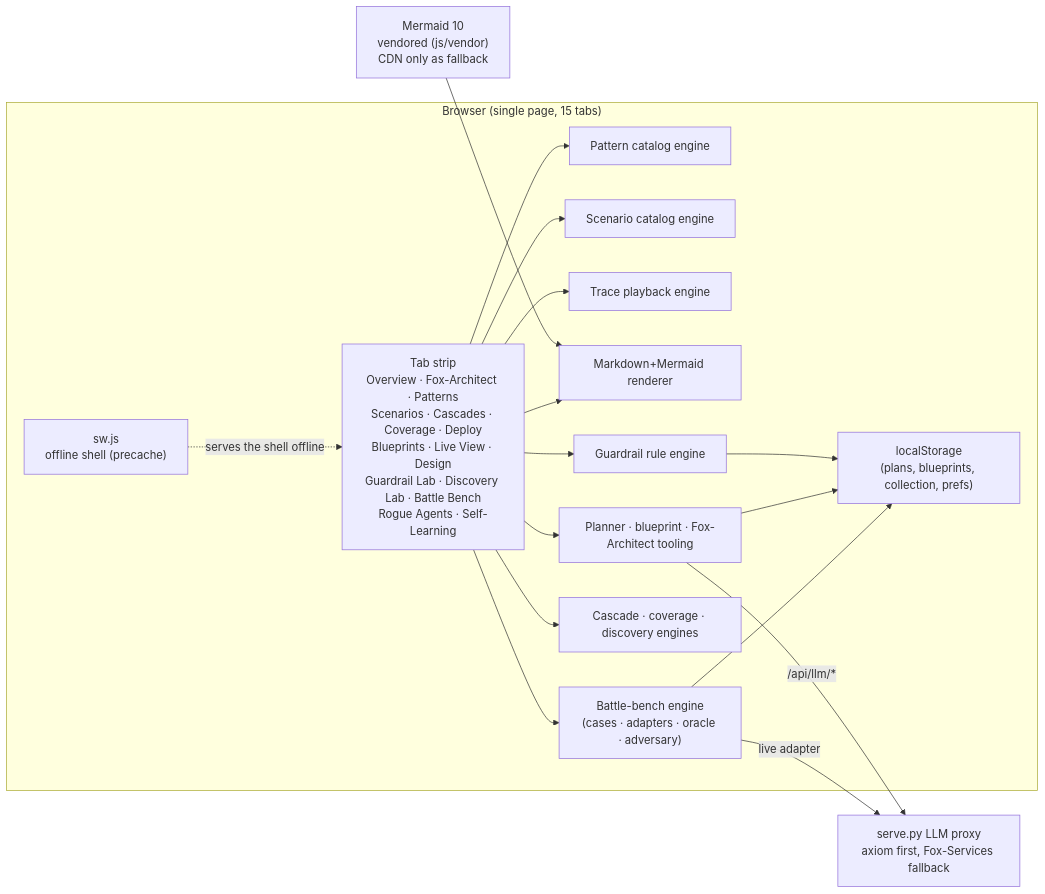
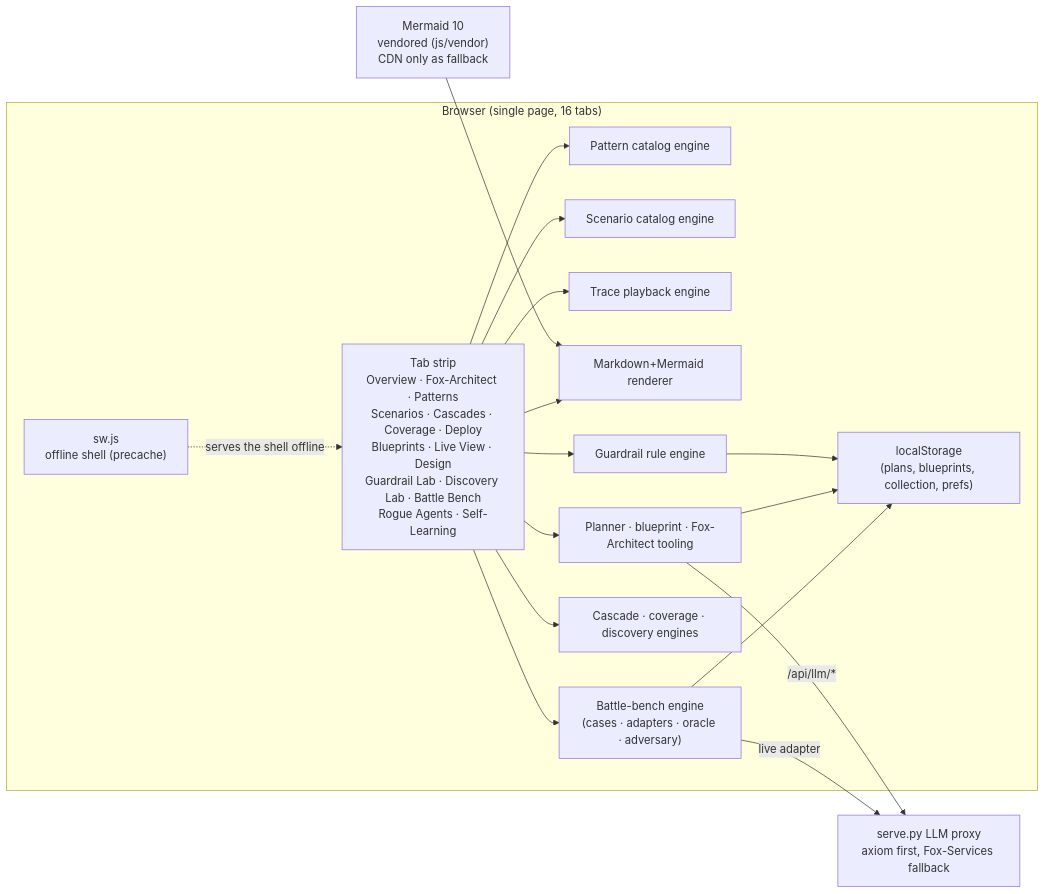
One commit to harishgovardhandamodar/AI-Agents-Patterns changed the second of 3 diagrams in design/01-system-context.md. Above: the diagram before and after it, drawn with Mermaid. The commit also changed 18 other files, not shown here.

First line of the commit message:
Research Graphs: self-learning x RL as interlinked knowledge graphs

````diff
--- a/design/01-system-context.md
+++ b/design/01-system-context.md
@@ -55,25 +55,25 @@
 ```mermaid
 flowchart LR
-  subgraph BROWSER["Browser (single page, 15 tabs)"]
+  subgraph BROWSER["Browser (single page, 16 tabs)"]
     TABS["Tab strip<br/>Overview · Fox-Architect · Patterns<br/>Scenarios · Cascades · Coverage · Deploy<br/>Blueprints · Live View · Design<br/>Guardrail Lab · Discovery Lab · Battle Bench<br/>Rogue Agents · Self-Learning"]
     ENG1["Pattern catalog engine"]
     ENG2["Scenario catalog engine"]
     ENG3["Trace playback engine"]
     ENG4["Markdown+Mermaid renderer"]
     ENG5["Guardrail rule engine"]
     ENG6["Planner · blueprint · Fox-Architect tooling"]
     ENG7["Cascade · coverage · discovery engines"]
     ENG8["Battle-bench engine<br/>(cases · adapters · oracle · adversary)"]
     STORE["localStorage<br/>(plans, blueprints, collection, prefs)"]
     SW["sw.js<br/>offline shell (precache)"]
   end
 
   MM["Mermaid 10<br/>vendored (js/vendor)<br/>CDN only as fallback"] --> ENG4
   TABS --> ENG1 & ENG2 & ENG3 & ENG4 & ENG5 & ENG6 & ENG7 & ENG8
   ENG5 --> STORE
   ENG6 --> STORE
   ENG8 --> STORE
   SW -.->|"serves the shell offline"| TABS
   ENG6 -->|/api/llm/*| PROXY["serve.py LLM proxy<br/>axiom first, Fox-Services fallback"]
   ENG8 -->|live adapter| PROXY
 ```
````
